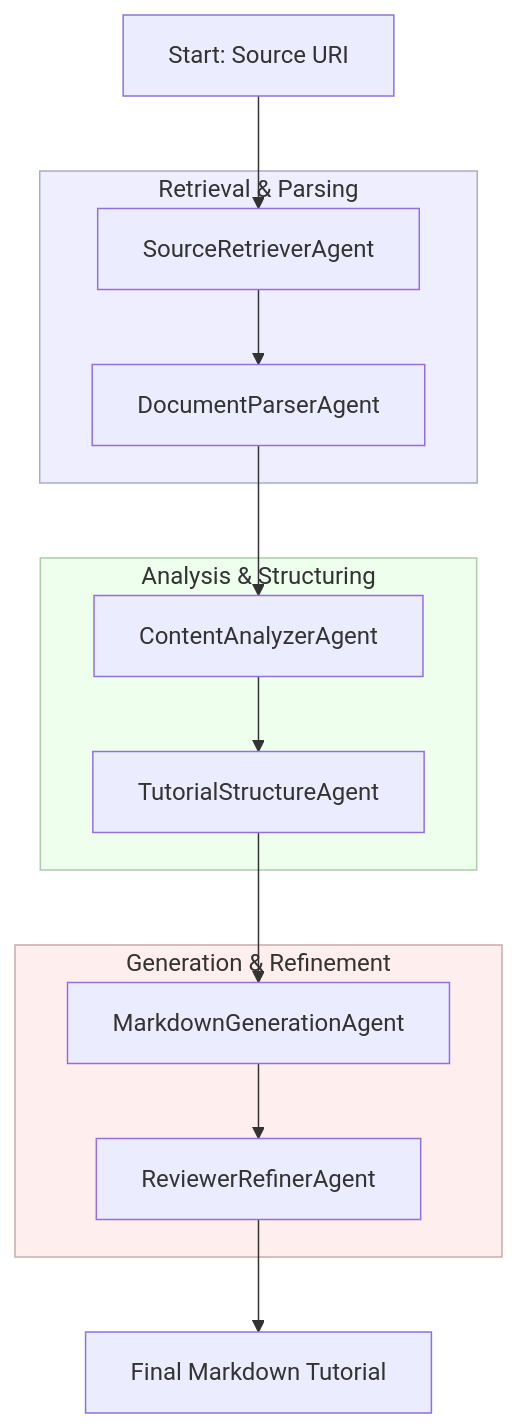
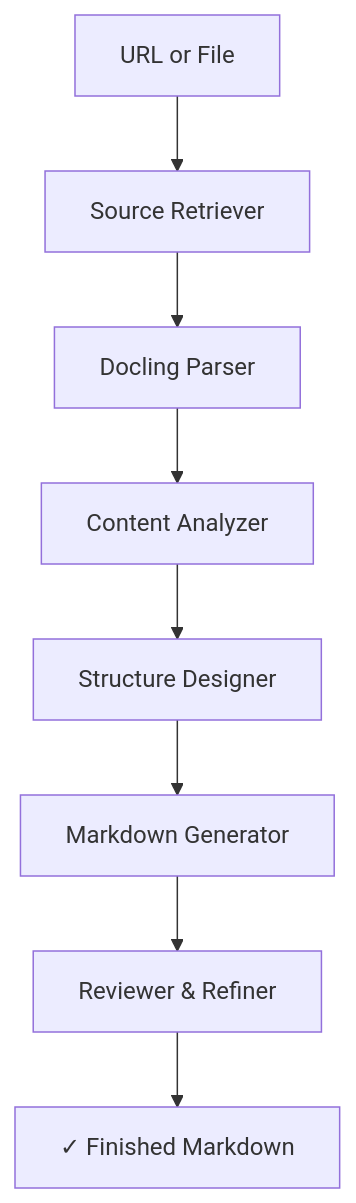
Before and after one commit to ruslanmv/ai-tutorial-generator: the diagram in README.md, drawn with Mermaid. The commit also changed other lines of this file and 22 other files, not shown here.

`````diff
--- a/README.md
+++ b/README.md
@@ -28,30 +17,10 @@
 ```mermaid
 flowchart TD
-    A["Start: Source URI"] --> B[SourceRetrieverAgent]
-    B --> C[DocumentParserAgent]
-    C --> D[ContentAnalyzerAgent]
-    D --> E[TutorialStructureAgent]
-    E --> F[MarkdownGenerationAgent]
-    F --> G[ReviewerRefinerAgent]
-    G --> H[Final Markdown Tutorial]
-
-    subgraph RetrievalParsing["Retrieval & Parsing"]
-        B
-        C
-    end
-
-    subgraph AnalysisStructuring["Analysis & Structuring"]
-        D
-        E
-    end
-
-    subgraph GenerationRefinement["Generation & Refinement"]
-        F
-        G
-    end
-
-    style RetrievalParsing fill:#eef,stroke:#aac,stroke-width:1px
-    style AnalysisStructuring fill:#efe,stroke:#aca,stroke-width:1px
-    style GenerationRefinement fill:#fee,stroke:#caa,stroke-width:1px
-
-````
+    A["URL or File"] --> B[Source Retriever]
+    B --> C[Docling Parser]
+    C --> D[Content Analyzer]
+    D --> E[Structure Designer]
+    E --> F[Markdown Generator]
+    F --> G[Reviewer & Refiner]
+    G --> H["✓ Finished Markdown"]
+```
`````
